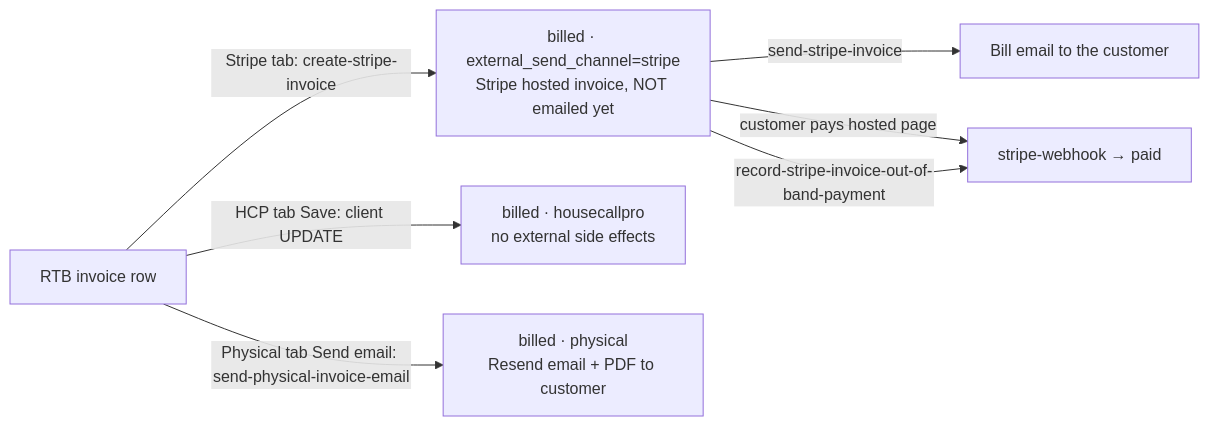
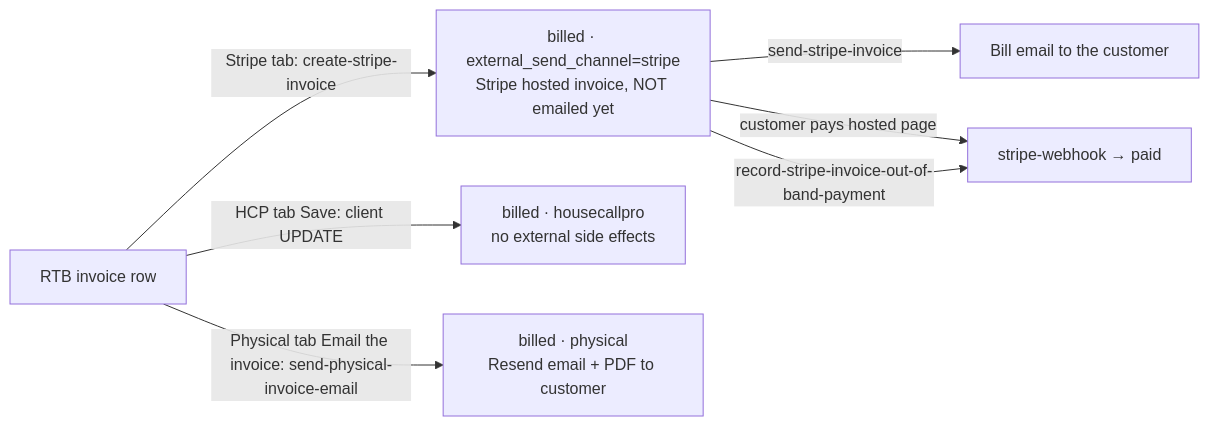
The second of 2 diagrams in docs/BILLING_FLOWS.md (clickconstruction/pipetooling.github.io), drawn with Mermaid before and after one commit. The commit also changed other lines of this file and 9 other files, not shown here.

````diff
--- a/docs/BILLING_FLOWS.md
+++ b/docs/BILLING_FLOWS.md
@@ -158,9 +158,9 @@
 ```mermaid
 flowchart LR
     RTB[RTB invoice row] -->|Stripe tab: create-stripe-invoice| S[billed · external_send_channel=stripe\nStripe hosted invoice, NOT emailed yet]
     RTB -->|HCP tab Save: client UPDATE| H[billed · housecallpro\nno external side effects]
-    RTB -->|Physical tab Send email: send-physical-invoice-email| P[billed · physical\nResend email + PDF to customer]
+    RTB -->|Physical tab Email the invoice: send-physical-invoice-email| P[billed · physical\nResend email + PDF to customer]
     S -->|send-stripe-invoice| E[Bill email to the customer]
     S -->|customer pays hosted page| W[stripe-webhook → paid]
     S -->|record-stripe-invoice-out-of-band-payment| W
 ```
````
